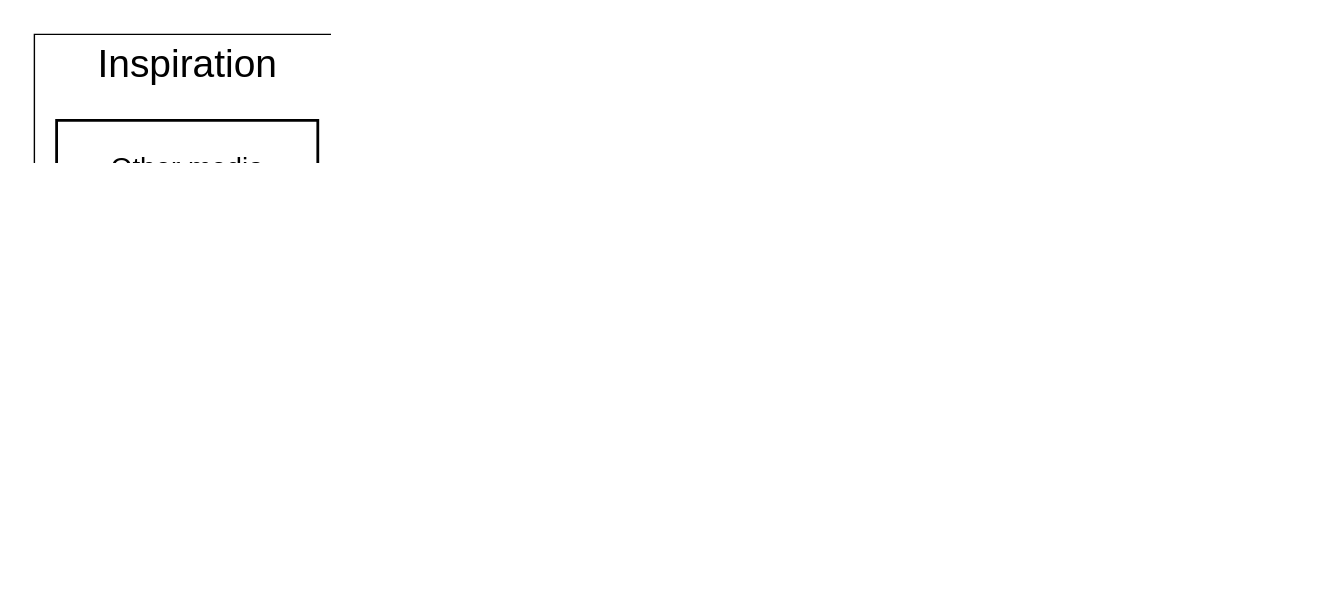
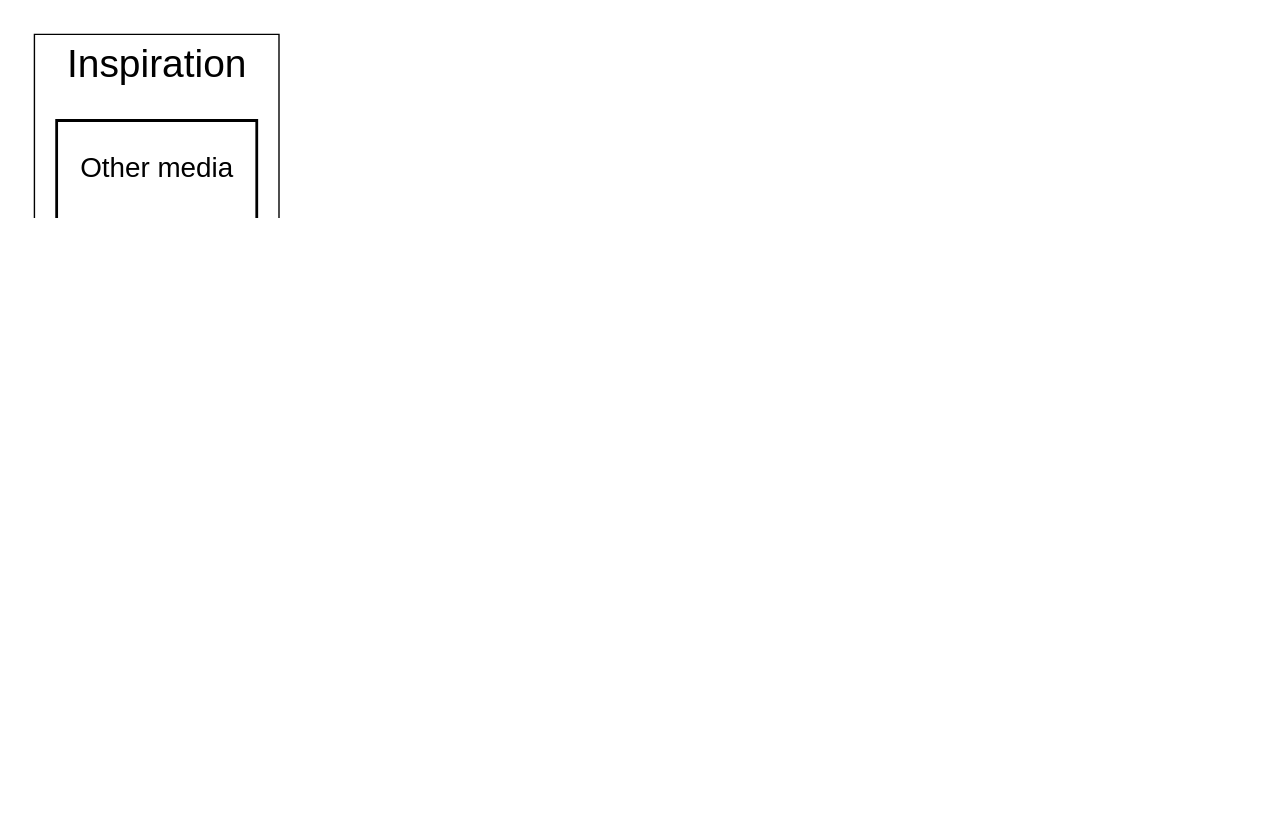
Before and after one commit to pprevos/emacs-writing-studio: the second of 2 diagrams in documents/ews-book/03-using-ews.org, drawn with Graphviz. The commit also changed other lines of this file and 11 other files, not shown here.

```diff
--- a/documents/ews-book/03-using-ews.org
+++ b/documents/ews-book/03-using-ews.org
@@ -321,57 +332,65 @@
 #+begin_src dot :file images/emacs-workflow.png
   digraph {
       rankdir=LR
       fontname=Arial
       compound=true
       graph [dpi=300 nodesep=.5 ranksep=0.7]
       node [fontsize=10 fontname=Arial]
       edge [color=gray]
 
       subgraph inspiration {
           cluster=true
           rank=same
           label="Inspiration"
           penwidth=0.5
-          lit [label="Other media" shape="rect" width=1.3]
-          ideas [label="Ideas" shape="rect" width=1.3]
-          other [label="Literature" shape="rect" width=1.3]
+          lit [label="Other media" shape="rect" width=1]
+          blogs [label="Internet" shape="rect" width=1]
+          other [label="Literature" shape="rect" width=1]
       }
 
-      subgraph ideation {
+       subgraph ideation {
           cluster=true
           rank="same"
           label="Ideation"
           penwidth=0.5
-          tasks [label="Org Mode\nTodo" shape="folder" width=1]
           notes [label="Denote\nnotes" shape="folder" width=1]
           biblio [label="BibTeX\nbibliography" shape="folder" width=1]
+          notes -> biblio [constraint=false dir=both]
+      }
+
+      subgraph manage {
+          cluster=true
+          label="Managing"
+          penwidth=0.5
+          tasks [label="Org Mode\nTodo" shape="folder" width=1]
       }
 
       subgraph production {
          cluster=true
          rank=same
          label="Production"
          penwidth=0.5
-         typeset [label="Typesetting" shape="folder"]
-         edit [label="Editing" shape="folder"]
-         write [label="Writing" shape="folder"]
+         typeset [label="Typesetting" shape="folder" width=1]
+         edit [label="Editing" shape="folder" width=1]
+         write [label="Writing" shape="folder" width=1]
+         write -> edit -> typeset [constraint=false]
       }
 
-      subgraph publication {
+       subgraph publication {
           cluster=true
           rank=same
           label="Publication"
           penwidth=0.5   
           www [label="Website" shape="note" width=1]
           ebook [label="eBook\nePub / PDF" shape="note" width=1]
           office [label="Office\ndocument" shape="note" width=1]
       }
 
-      ideas -> notes [ltail=inspiration lhead=ideation]
-      notes -> biblio [constraint=false dir=both]
-      notes -> tasks [constraint=false dir=both]
+      blogs -> notes [ltail=inspiration lhead=ideation]
       notes -> edit [ltail=ideation lhead=production]
-      write -> edit -> typeset [constraint=false]
       edit -> ebook [ltail=production lhead=publication]
+      notes -> tasks [constraint=false ltail=ideation lhead=manage]
+
+      {rank=same; notes; tasks}
   } 
 #+end_src
```
